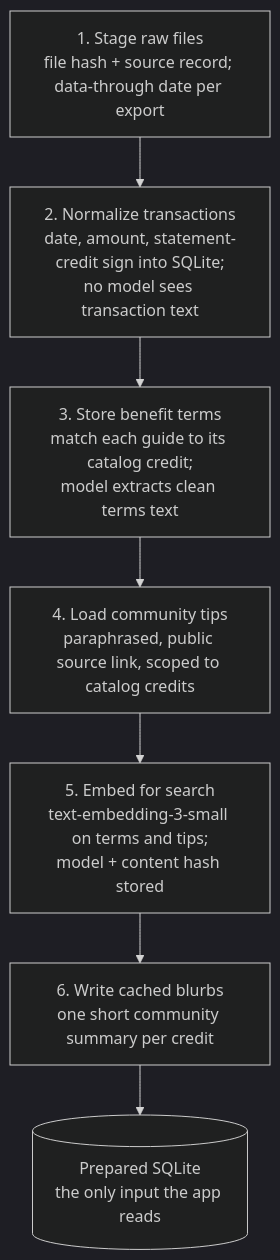
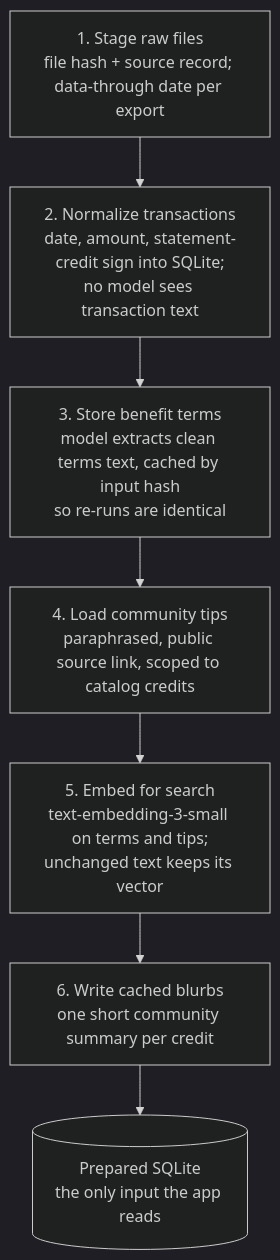
The diagram in notes/problem-data-evaluation.md (vinodkl/perk-watch), drawn with Mermaid (dark theme) before and after one commit. The commit also changed other lines of this file and 2 other files, not shown here.

````diff
--- a/notes/problem-data-evaluation.md
+++ b/notes/problem-data-evaluation.md
@@ -46,9 +60,9 @@
 ```mermaid
 flowchart TB
   S1["1. Stage raw files<br/>file hash + source record; data-through date per export"] --> S2["2. Normalize transactions<br/>date, amount, statement-credit sign into SQLite;<br/>no model sees transaction text"]
-  S2 --> S3["3. Store benefit terms<br/>match each guide to its catalog credit;<br/>model extracts clean terms text"]
+  S2 --> S3["3. Store benefit terms<br/>model extracts clean terms text, cached by input hash<br/>so re-runs are identical"]
   S3 --> S4["4. Load community tips<br/>paraphrased, public source link, scoped to catalog credits"]
-  S4 --> S5["5. Embed for search<br/>text-embedding-3-small on terms and tips;<br/>model + content hash stored"]
+  S4 --> S5["5. Embed for search<br/>text-embedding-3-small on terms and tips;<br/>unchanged text keeps its vector"]
   S5 --> S6["6. Write cached blurbs<br/>one short community summary per credit"]
   S6 --> OUT[("Prepared SQLite<br/>the only input the app reads")]
 ```
````
